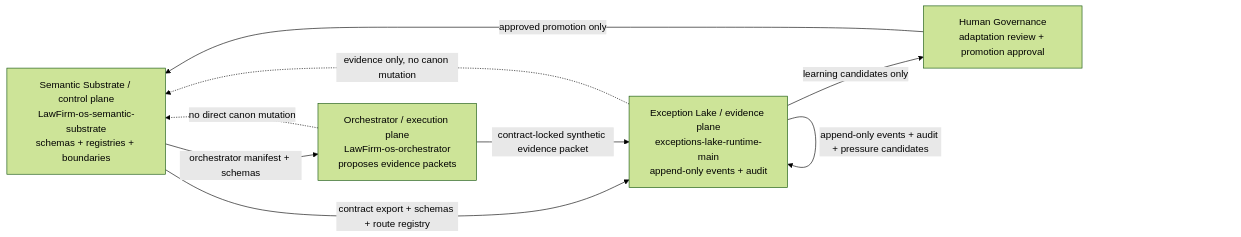
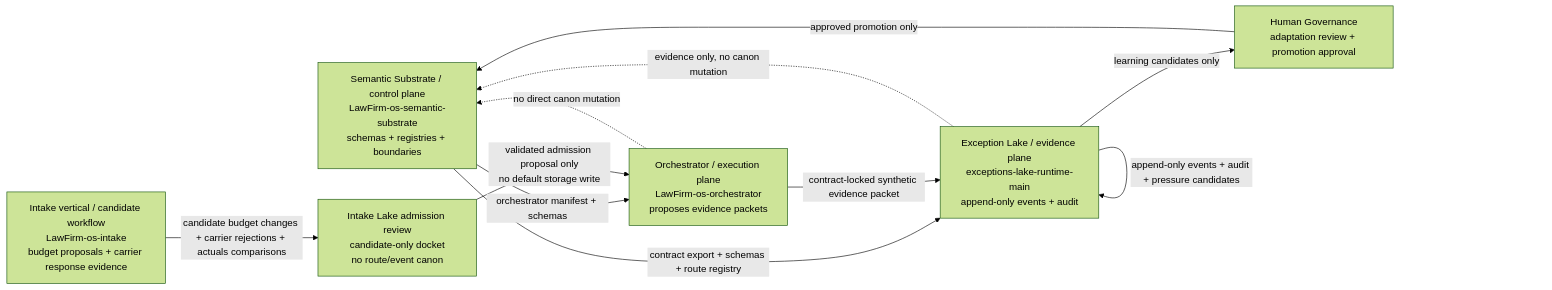
The first of 2 diagrams in DATA_FLOW_MAP.md (lowelltwong-alt/LawFirm-os-exceptions-lake-runtime), drawn with Mermaid (forest theme) before and after one commit. The commit also changed other lines of this file and 23 other files, not shown here.

Commit message:
Add intake Lake admission review docket (#8)

````diff
--- a/DATA_FLOW_MAP.md
+++ b/DATA_FLOW_MAP.md
@@ -36,17 +36,21 @@
 ```mermaid
 flowchart LR
     SS["Semantic Substrate / control plane\nLawFirm-os-semantic-substrate\nschemas + registries + boundaries"]
     OR["Orchestrator / execution plane\nLawFirm-os-orchestrator\nproposes evidence packets"]
+    INTAKE["Intake vertical / candidate workflow\nLawFirm-os-intake\nbudget proposals + carrier response evidence"]
+    REVIEW["Intake Lake admission review\ncandidate-only docket\nno route/event canon"]
     EL["Exception Lake / evidence plane\nexceptions-lake-runtime-main\nappend-only events + audit"]
     HUM["Human Governance\nadaptation review + promotion approval"]
 
     SS -->|"contract export + schemas + route registry"| EL
     SS -->|"orchestrator manifest + schemas"| OR
+    INTAKE -->|"candidate budget changes + carrier rejections + actuals comparisons"| REVIEW
+    REVIEW -->|"validated admission proposal only\nno default storage write"| OR
     OR -->|"contract-locked synthetic evidence packet"| EL
     EL -->|"append-only events + audit + pressure candidates"| EL
     EL -->|"learning candidates only"| HUM
     HUM -->|"approved promotion only"| SS
 
     EL -. "evidence only, no canon mutation" .-> SS
     OR -. "no direct canon mutation" .-> SS
 ```
````
